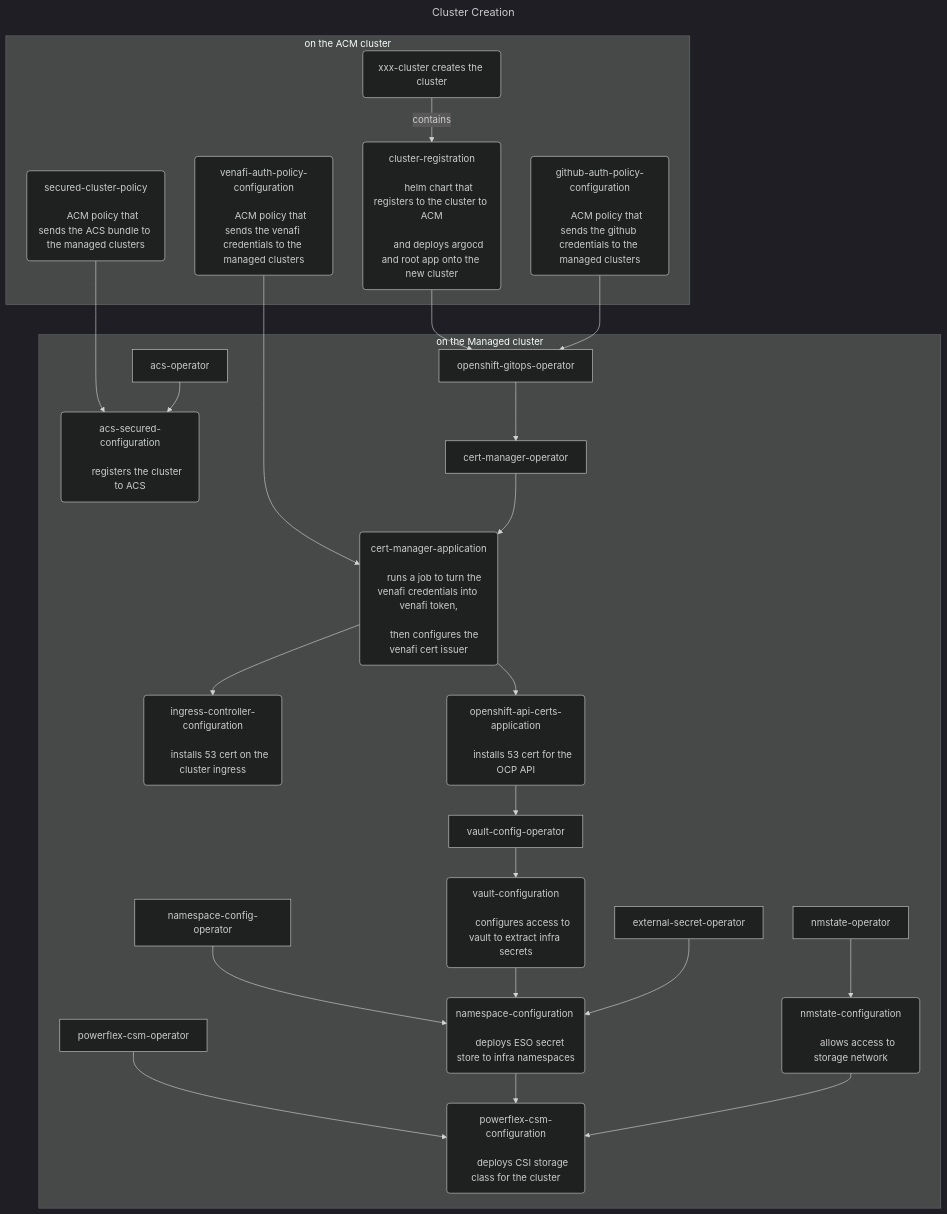
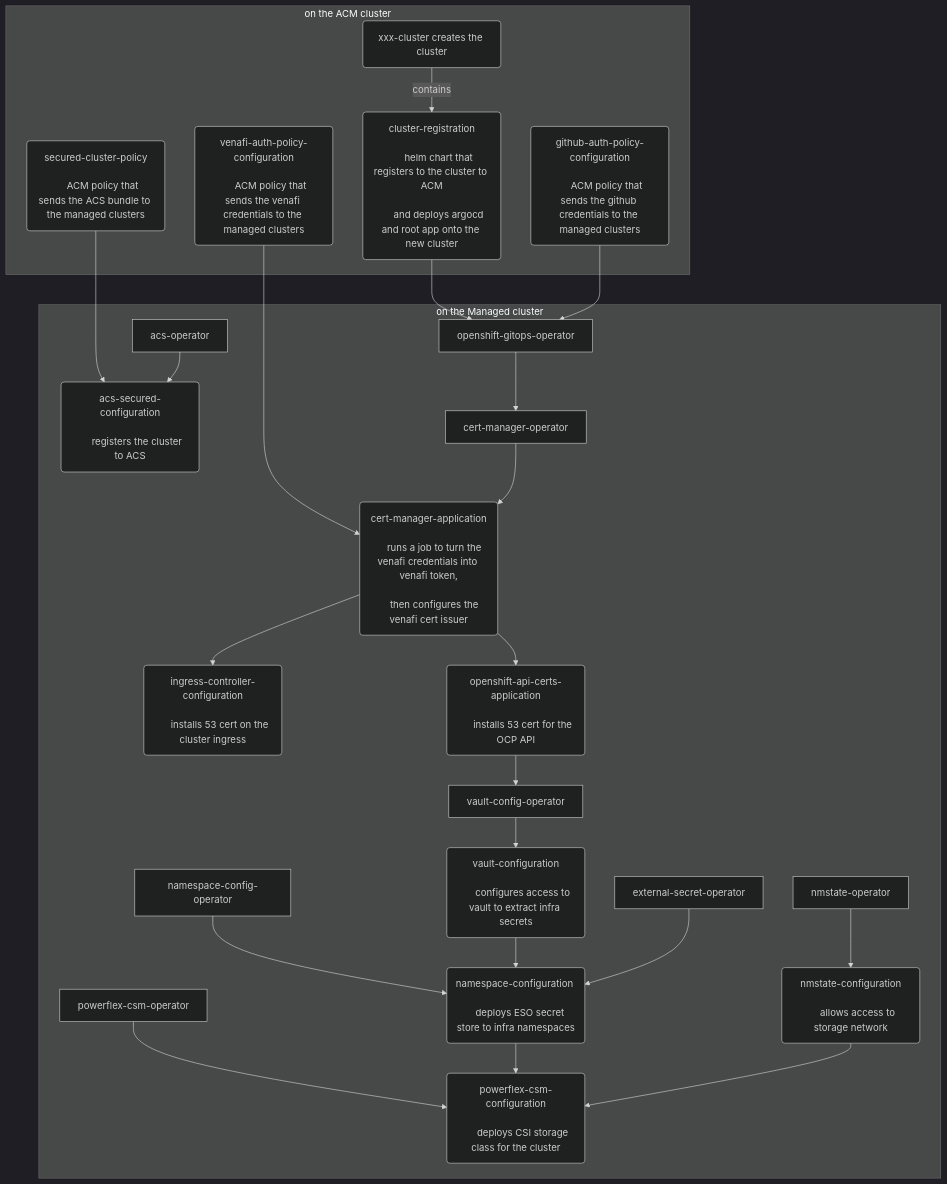
Before and after one commit to mmwillingham/acm: the diagram in acm-dr/test-mermaid.md, drawn with Mermaid (dark theme).

````diff
--- a/acm-dr/test-mermaid.md
+++ b/acm-dr/test-mermaid.md
@@ -1,10 +1,4 @@
 ```mermaid
----
-
-title: Cluster Creation
-
----
-
 flowchart TD
 
   venafi-auth-policy-configuration --> cert-manager-application
````
